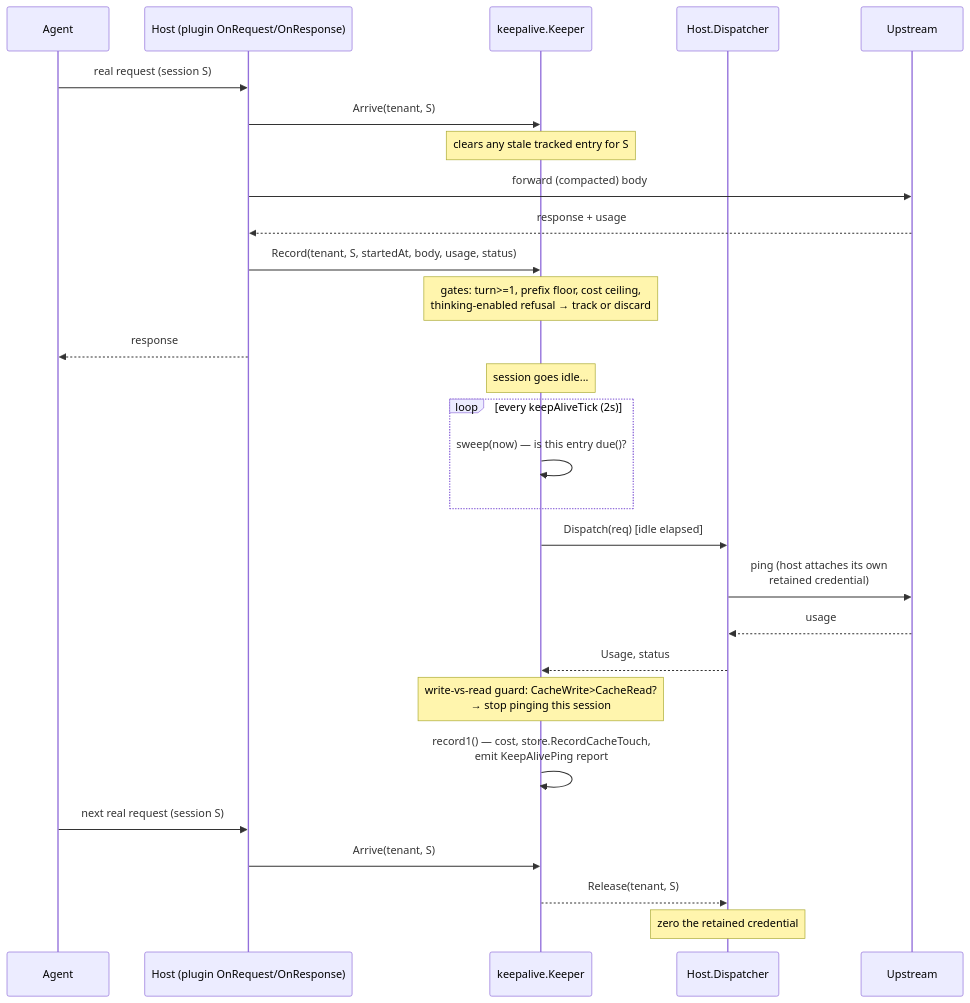
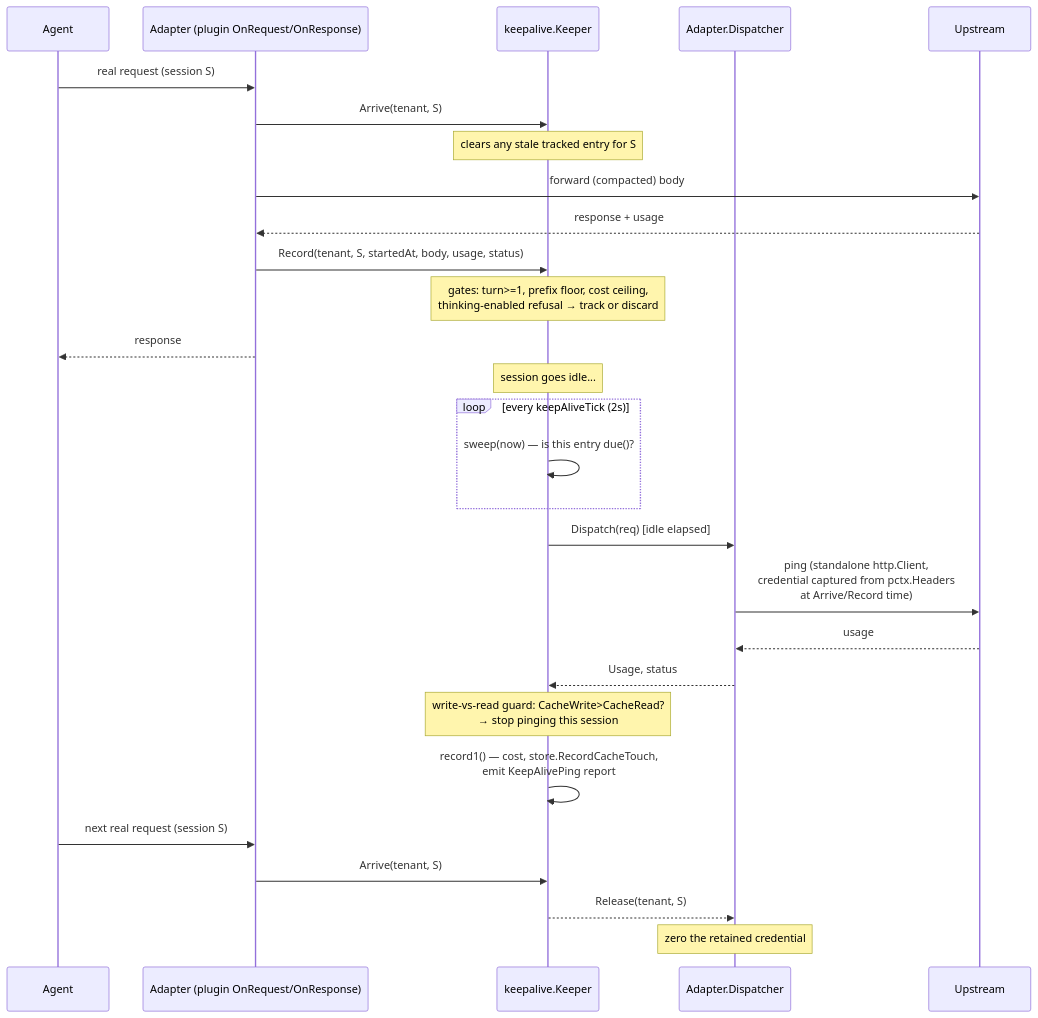
The third of 5 diagrams in docs/proposals/cortex-integration.md (rossoctl/context-guru), drawn with Mermaid before and after one commit. The commit also changed other lines of this file, not shown here.

First line of the commit message:
docs: separate infra-level asks from the context-guru-side adapter

````diff
--- a/docs/proposals/cortex-integration.md
+++ b/docs/proposals/cortex-integration.md
@@ -138,33 +194,33 @@
 ```mermaid
 sequenceDiagram
     participant Agent
-    participant Host as Host (plugin OnRequest/OnResponse)
+    participant Host as Adapter (plugin OnRequest/OnResponse)
     participant Keeper as keepalive.Keeper
-    participant Dispatcher as Host.Dispatcher
+    participant Dispatcher as Adapter.Dispatcher
     participant Upstream
 
     Agent->>Host: real request (session S)
     Host->>Keeper: Arrive(tenant, S)
     Note over Keeper: clears any stale tracked entry for S
     Host->>Upstream: forward (compacted) body
     Upstream-->>Host: response + usage
     Host->>Keeper: Record(tenant, S, startedAt, body, usage, status)
     Note over Keeper: gates: turn>=1, prefix floor, cost ceiling,<br/>thinking-enabled refusal → track or discard
     Host-->>Agent: response
 
     Note over Keeper: session goes idle...
     loop every keepAliveTick (2s)
         Keeper->>Keeper: sweep(now) — is this entry due()?
     end
     Keeper->>Dispatcher: Dispatch(req) [idle elapsed]
-    Dispatcher->>Upstream: ping (host attaches its own<br/>retained credential)
+    Dispatcher->>Upstream: ping (standalone http.Client,<br/>credential captured from pctx.Headers<br/>at Arrive/Record time)
     Upstream-->>Dispatcher: usage
     Dispatcher-->>Keeper: Usage, status
     Note over Keeper: write-vs-read guard: CacheWrite>CacheRead?<br/>→ stop pinging this session
     Keeper->>Keeper: record1() — cost, store.RecordCacheTouch,<br/>emit KeepAlivePing report
 
     Agent->>Host: next real request (session S)
     Host->>Keeper: Arrive(tenant, S)
     Keeper-->>Dispatcher: Release(tenant, S)
     Note over Dispatcher: zero the retained credential
 ```
````
